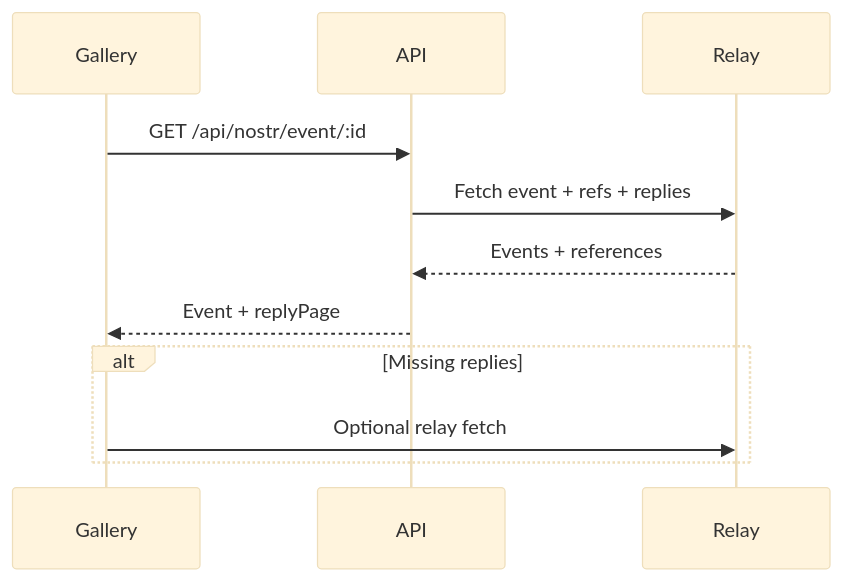
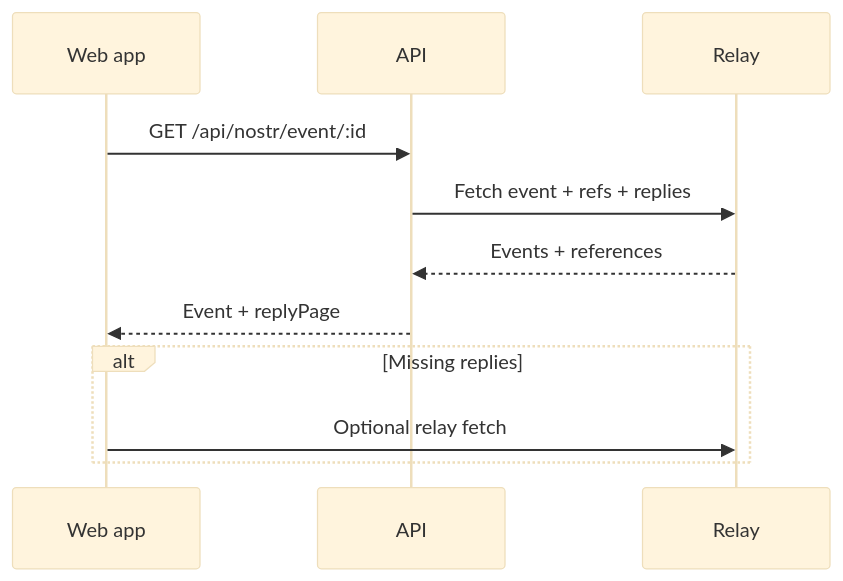
Before and after one commit to joelklabo/nostrstack: the diagram in docs/architecture/personal-site-kit.md, drawn with Mermaid (base theme). The commit also changed other lines of this file and 367 other files, not shown here.

Commit message:
refactor(web): rename social app to web and reorganize module layout

````diff
--- a/docs/architecture/personal-site-kit.md
+++ b/docs/architecture/personal-site-kit.md
@@ -32,13 +32,13 @@
 ```mermaid
 sequenceDiagram
-  participant Gallery
+  participant Web app
   participant API
   participant Relay
-  Gallery->>API: GET /api/nostr/event/:id
+  Web app->>API: GET /api/nostr/event/:id
   API->>Relay: Fetch event + refs + replies
   Relay-->>API: Events + references
-  API-->>Gallery: Event + replyPage
+  API-->>Web app: Event + replyPage
   alt Missing replies
-    Gallery->>Relay: Optional relay fetch
+    Web app->>Relay: Optional relay fetch
   end
 ```
````
